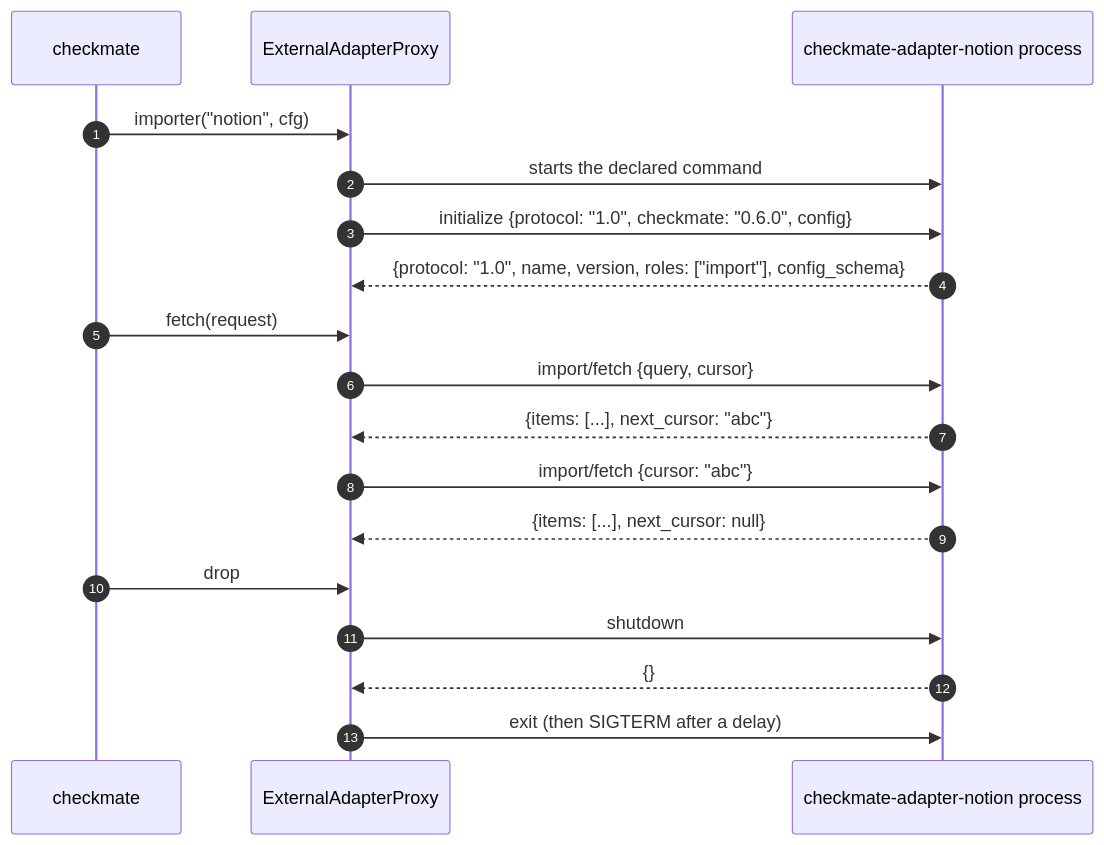
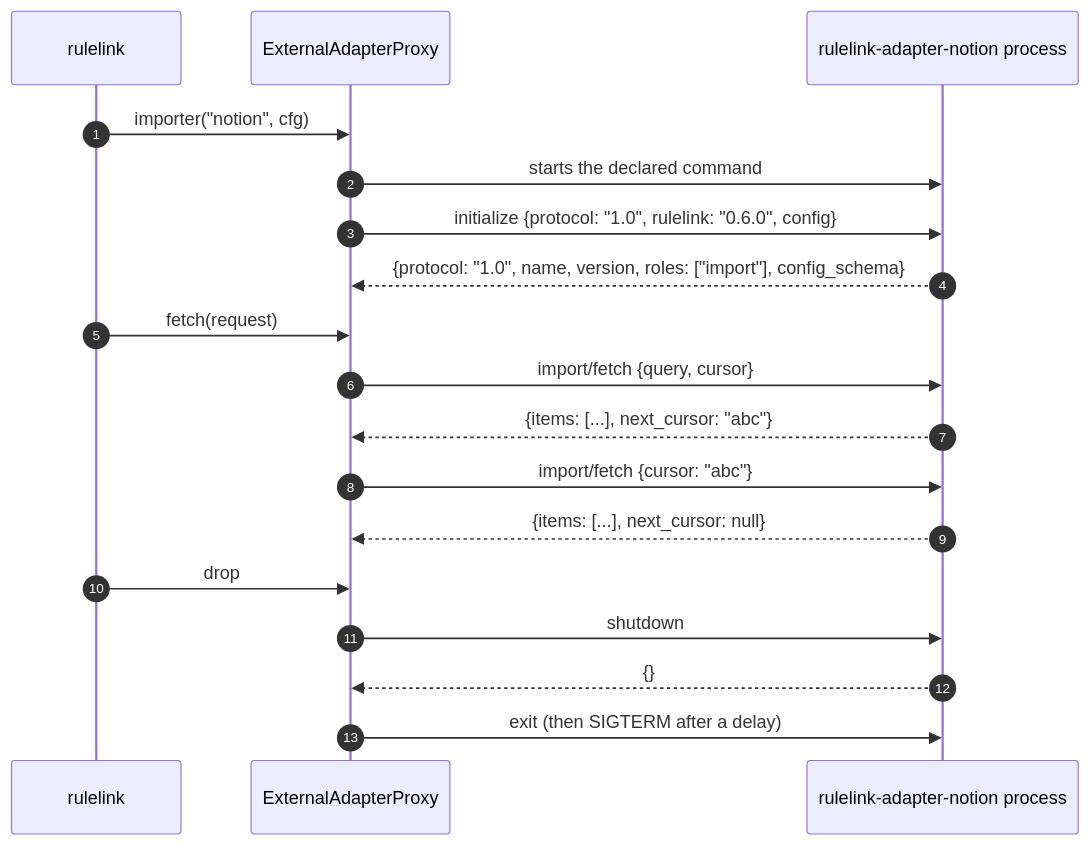
Before and after one commit to E-Jacques/Rulelink: the fifth of 7 diagrams in docs/architecture/02-sources-of-truth.md, drawn with Mermaid. The commit also changed other lines of this file and 126 other files, not shown here.

First line of the commit message:
chore: rename the project from Checkmate to Rulelink (#6)

````diff
--- a/docs/architecture/02-sources-of-truth.md
+++ b/docs/architecture/02-sources-of-truth.md
@@ -275,21 +275,21 @@
 ```mermaid
 sequenceDiagram
     autonumber
-    participant APP as checkmate
+    participant APP as rulelink
     participant PX as ExternalAdapterProxy
-    participant P as checkmate-adapter-notion process
+    participant P as rulelink-adapter-notion process
 
     APP->>PX: importer("notion", cfg)
     PX->>P: starts the declared command
-    PX->>P: initialize {protocol: "1.0", checkmate: "0.6.0", config}
+    PX->>P: initialize {protocol: "1.0", rulelink: "0.6.0", config}
     P-->>PX: {protocol: "1.0", name, version, roles: ["import"], config_schema}
     APP->>PX: fetch(request)
     PX->>P: import/fetch {query, cursor}
     P-->>PX: {items: [...], next_cursor: "abc"}
     PX->>P: import/fetch {cursor: "abc"}
     P-->>PX: {items: [...], next_cursor: null}
     APP->>PX: drop
     PX->>P: shutdown
     P-->>PX: {}
     PX->>P: exit (then SIGTERM after a delay)
 ```
````
